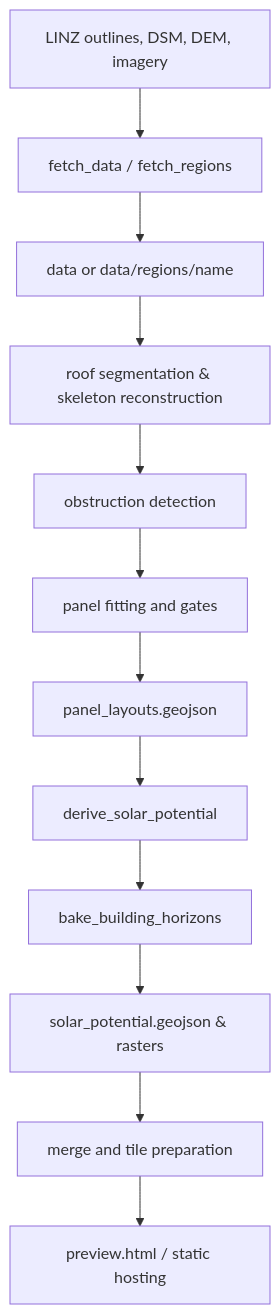
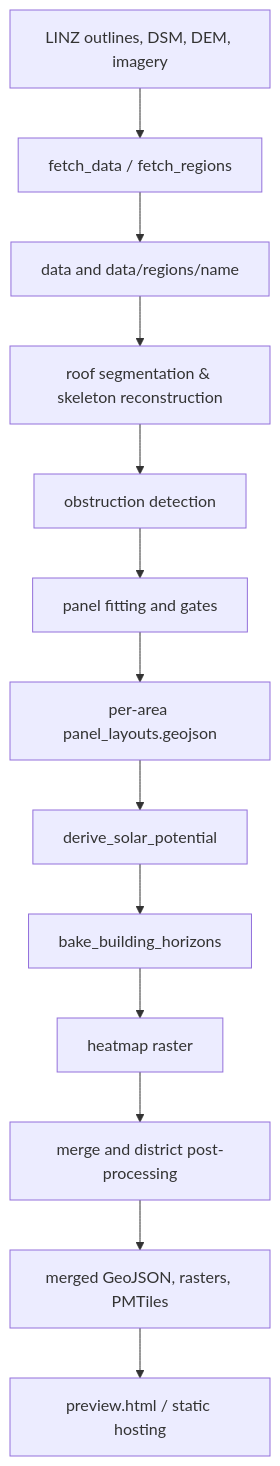
One commit to rewiring-nz/nz-solar-potential changed the diagram in docs/developers/architecture.md. Above: the diagram before and after it, drawn with Mermaid. The commit also changed other lines of this file and 2 other files, not shown here.

Commit message:
docs: align maintainer guides with district build workflow

````diff
--- a/docs/developers/architecture.md
+++ b/docs/developers/architecture.md
@@ -11,14 +11,15 @@
 ```mermaid
 flowchart TB
     LINZ[LINZ outlines, DSM, DEM, imagery] --> Fetch[fetch_data / fetch_regions]
-    Fetch --> Inputs[data or data/regions/name]
+    Fetch --> Inputs[data and data/regions/name]
     Inputs --> Segment[roof segmentation & skeleton reconstruction]
     Segment --> Detect[obstruction detection]
     Detect --> Fit[panel fitting and gates]
-    Fit --> Layouts[panel_layouts.geojson]
+    Fit --> Layouts[per-area panel_layouts.geojson]
     Layouts --> Derive[derive_solar_potential]
     Derive --> Horizon[bake_building_horizons]
-    Horizon --> Outputs[solar_potential.geojson & rasters]
-    Outputs --> Merge[merge and tile preparation]
-    Merge --> Map[preview.html / static hosting]
+    Horizon --> Raster[heatmap raster]
+    Raster --> Merge[merge and district post-processing]
+    Merge --> Outputs[merged GeoJSON, rasters, PMTiles]
+    Outputs --> Map[preview.html / static hosting]
 ```
````
